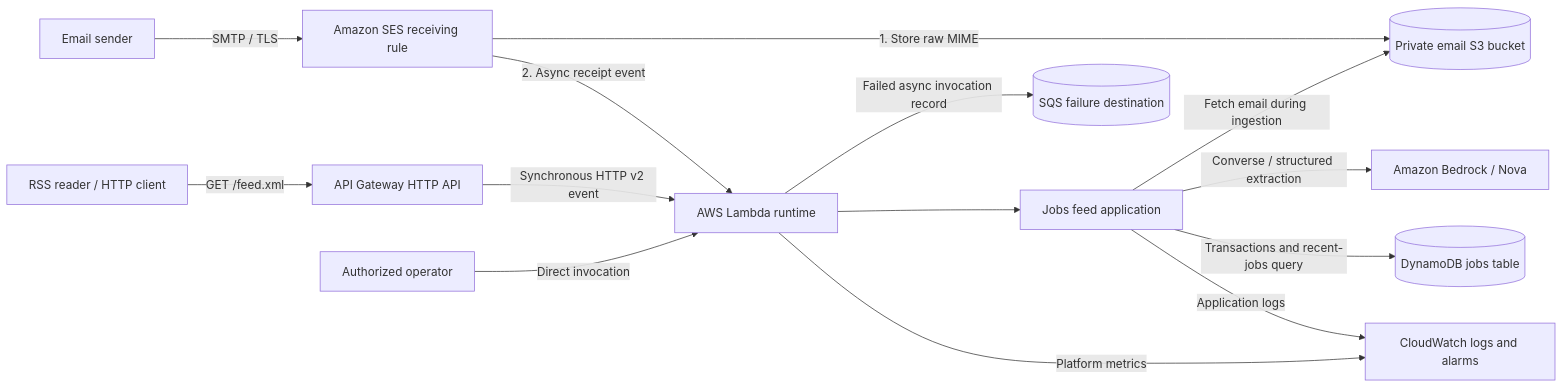
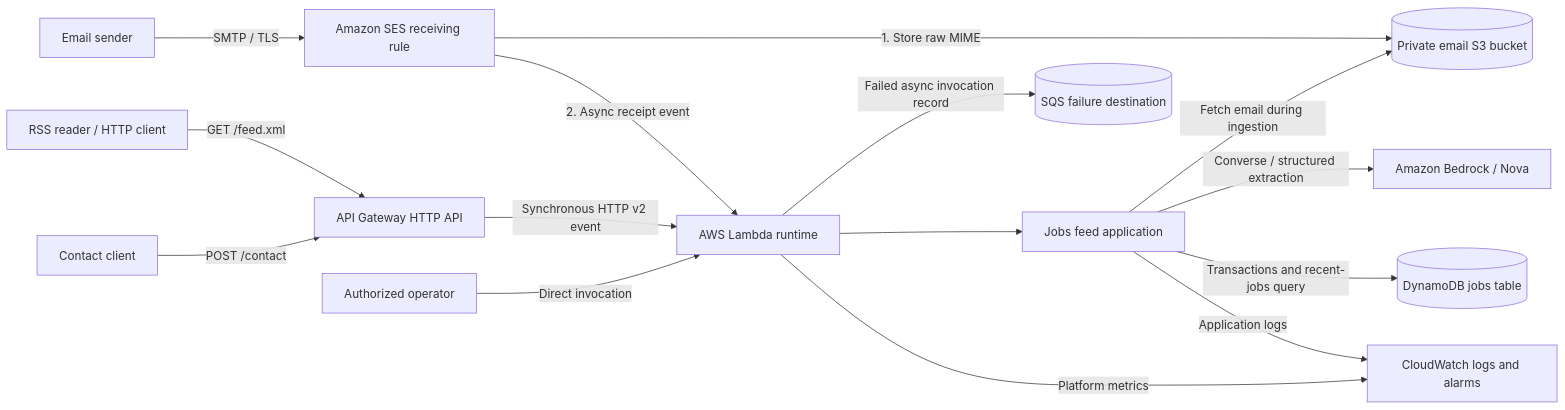
The first of 16 diagrams in docs/architecture.md (vriesjo/itzitzo-jobs-feed), drawn with Mermaid before and after one commit. The commit also changed other lines of this file and 11 other files, not shown here.

````diff
--- a/docs/architecture.md
+++ b/docs/architecture.md
@@ -78,16 +84,17 @@
 ```mermaid
 flowchart LR
     Sender["Email sender"] -->|"SMTP / TLS"| SES["Amazon SES receiving rule"]
     SES -->|"1. Store raw MIME"| S3[("Private email S3 bucket")]
     SES -->|"2. Async receipt event"| Runtime["AWS Lambda runtime"]
     Reader["RSS reader / HTTP client"] -->|"GET /feed.xml"| API["API Gateway HTTP API"]
+    ContactClient["Contact client"] -->|"POST /contact"| API
     API -->|"Synchronous HTTP v2 event"| Runtime
     Runtime --> App["Jobs feed application"]
     Operator["Authorized operator"] -->|"Direct invocation"| Runtime
     App -->|"Fetch email during ingestion"| S3
     App -->|"Converse / structured extraction"| Nova["Amazon Bedrock / Nova"]
     App -->|"Transactions and recent-jobs query"| DB[("DynamoDB jobs table")]
     App -->|"Application logs"| CW["CloudWatch logs and alarms"]
     Runtime -->|"Platform metrics"| CW
     Runtime -->|"Failed async invocation record"| Queue[("SQS failure destination")]
 ```
````
